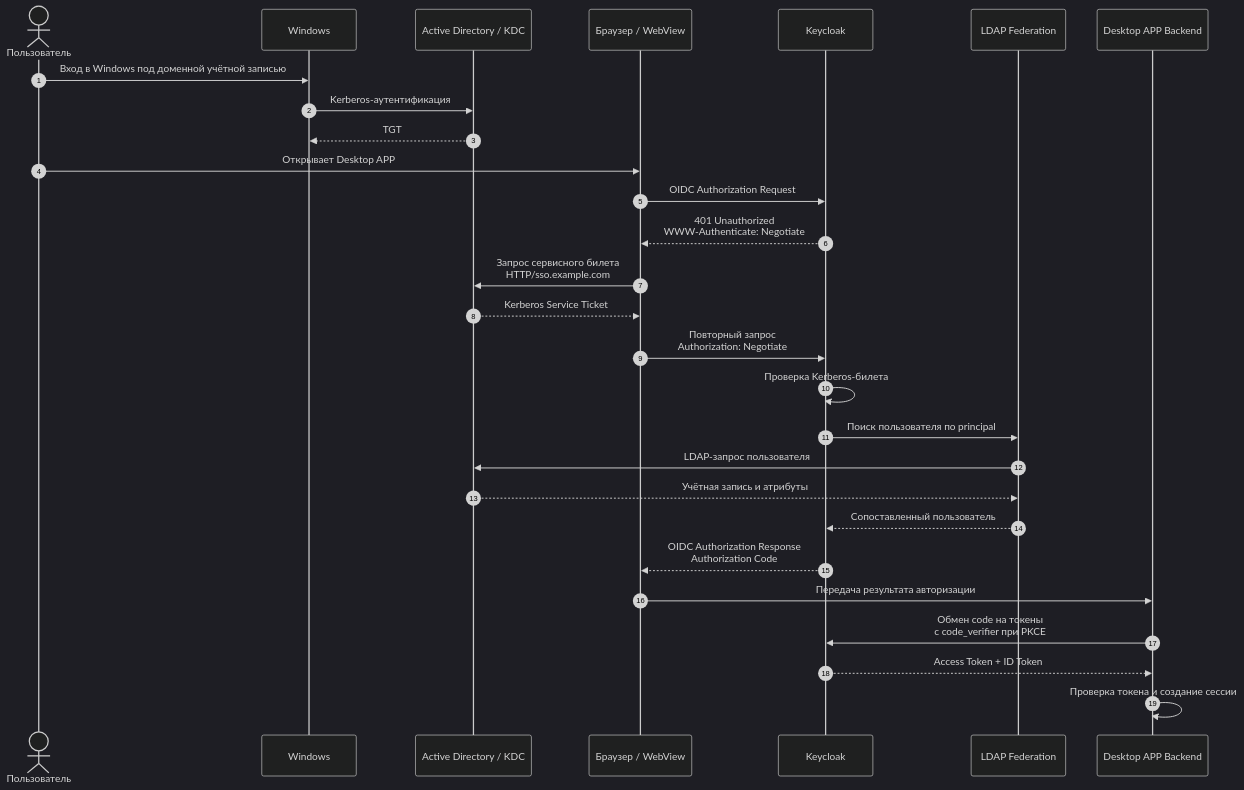
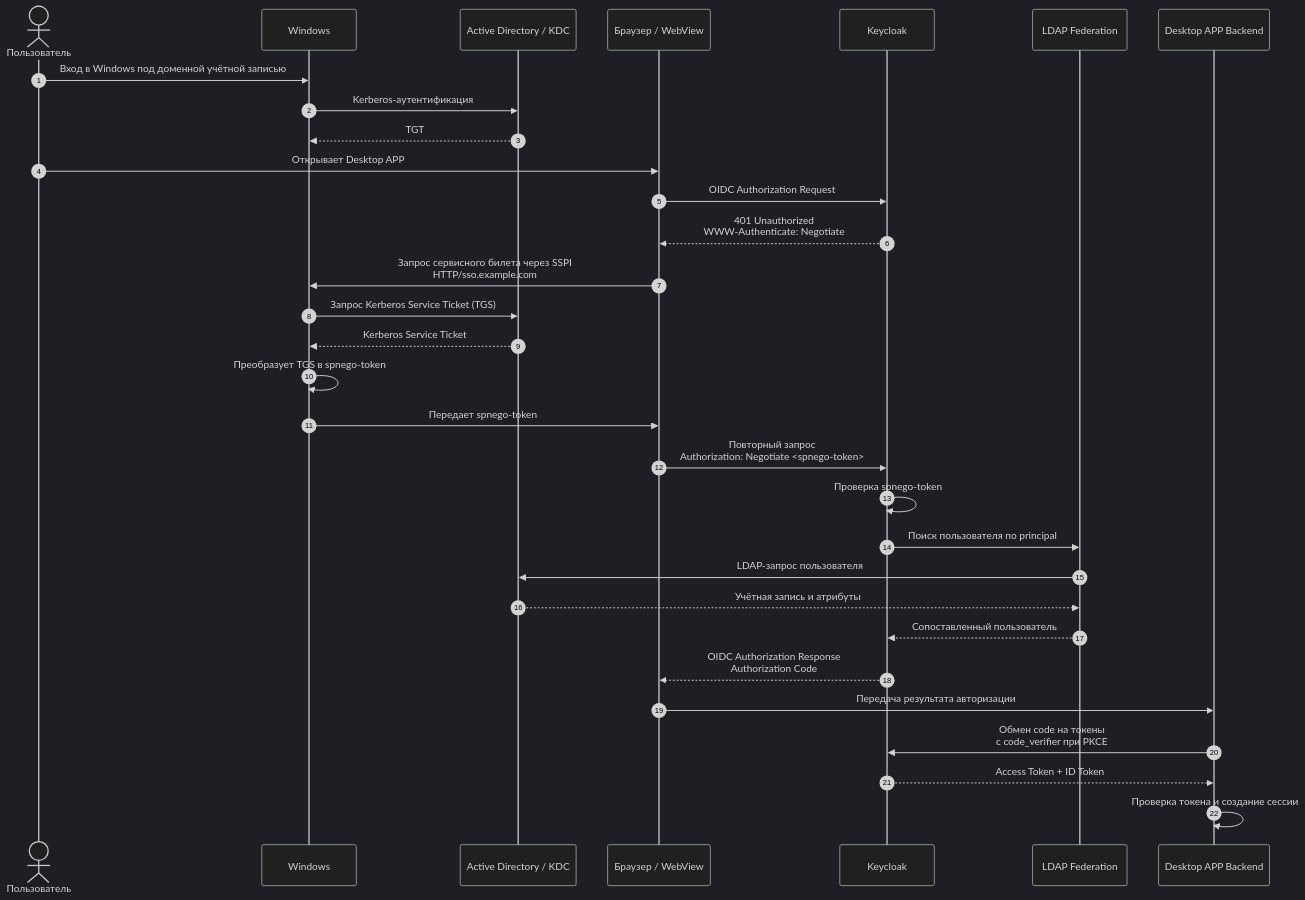
The diagram in AuthN/HTTP Negotiate & SPNEGO Kerberos.md (FIR-UIII/notes), drawn with Mermaid (dark theme) before and after one commit.

Commit message:
Update HTTP Negotiate & SPNEGO Kerberos.md

````diff
--- a/AuthN/HTTP Negotiate & SPNEGO Kerberos.md
+++ b/AuthN/HTTP Negotiate & SPNEGO Kerberos.md
@@ -20,36 +20,39 @@
 ```mermaid
 sequenceDiagram
     autonumber
     actor U as Пользователь
     participant W as Windows
     participant AD as Active Directory / KDC
     participant B as Браузер / WebView
     participant K as Keycloak
     participant LDAP as LDAP Federation
     participant APP as Desktop APP Backend
 
     U->>W: Вход в Windows под доменной учётной записью
     W->>AD: Kerberos-аутентификация
     AD-->>W: TGT
 
     U->>B: Открывает Desktop APP 
     B->>K: OIDC Authorization Request
     K-->>B: 401 Unauthorized<br/>WWW-Authenticate: Negotiate
 
-    B->>AD: Запрос сервисного билета<br/>HTTP/sso.example.com
-    AD-->>B: Kerberos Service Ticket
+    B->>W: Запрос сервисного билета через SSPI<br/>HTTP/sso.example.com
+    W->>AD: Запрос Kerberos Service Ticket (TGS)
+    AD-->>W: Kerberos Service Ticket
+    W->>W: Преобразует TGS в spnego-token
+    W->>B: Передает spnego-token
 
-    B->>K: Повторный запрос<br/>Authorization: Negotiate
-    K->>K: Проверка Kerberos-билета
+    B->>K: Повторный запрос<br/>Authorization: Negotiate <spnego-token>
+    K->>K: Проверка spnego-token
     K->>LDAP: Поиск пользователя по principal
     LDAP->>AD: LDAP-запрос пользователя
     AD-->>LDAP: Учётная запись и атрибуты
     LDAP-->>K: Сопоставленный пользователь
 
     K-->>B: OIDC Authorization Response<br/>Authorization Code
     B->>APP: Передача результата авторизации
     APP->>K: Обмен code на токены<br/>с code_verifier при PKCE
     K-->>APP: Access Token + ID Token
 
     APP->>APP: Проверка токена и создание сессии
 ```
````
